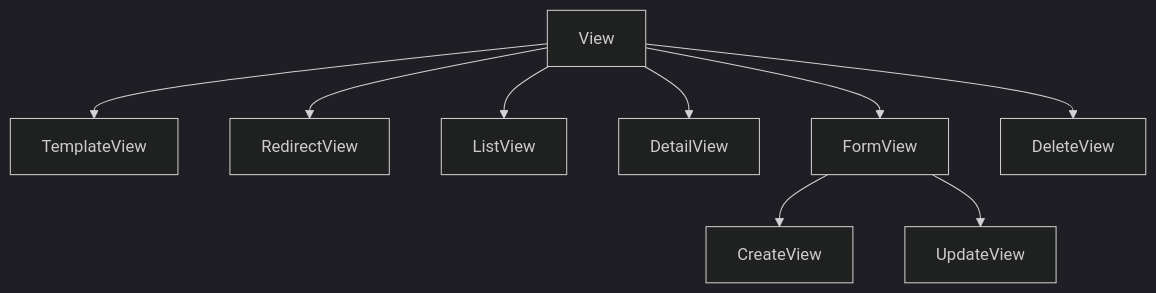
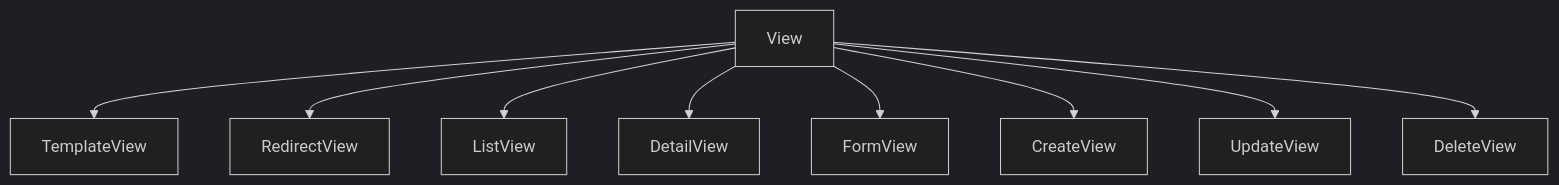
Before and after one commit to mauriciobenjamin700/django-survival-guide: the diagram in docs/referencia/generic-views.en.md, drawn with Mermaid (dark theme). The commit also changed 34 other files, not shown here.

````diff
--- a/docs/referencia/generic-views.en.md
+++ b/docs/referencia/generic-views.en.md
@@ -44,11 +44,11 @@
 ```mermaid
 flowchart TD
     View --> TemplateView
     View --> RedirectView
     View --> ListView
     View --> DetailView
     View --> FormView
-    FormView --> CreateView
-    FormView --> UpdateView
+    View --> CreateView
+    View --> UpdateView
     View --> DeleteView
 ```
````
